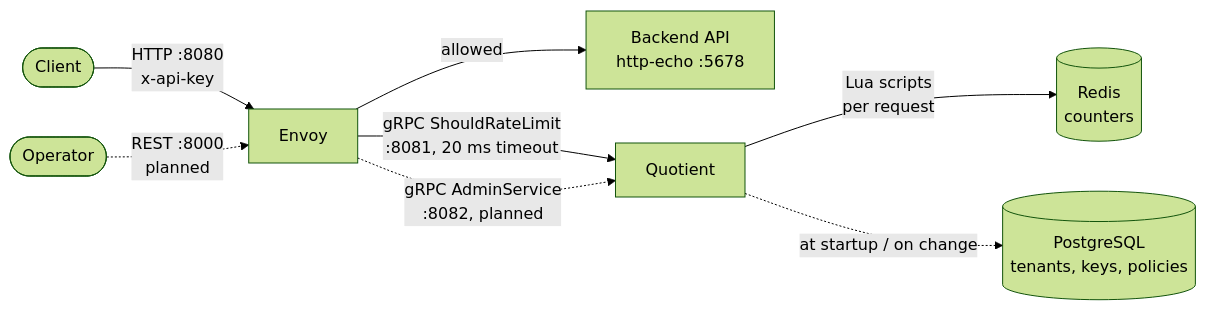
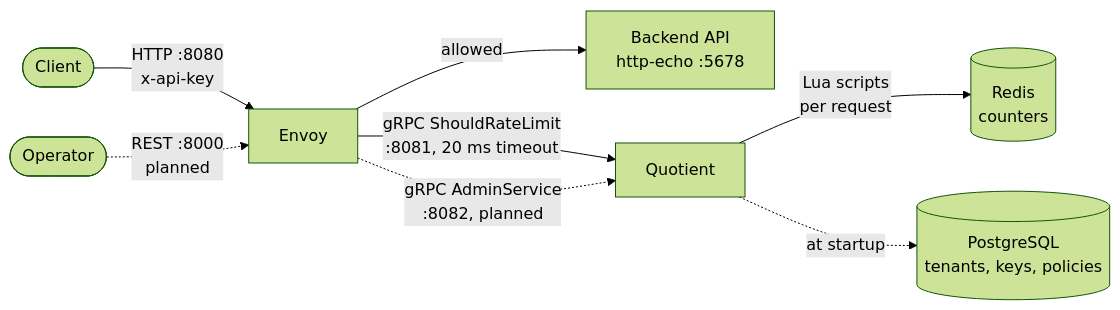
Before and after one commit to valentino3112/Quotient: the diagram in README.md, drawn with Mermaid (forest theme). The commit also changed other lines of this file, not shown here.

````diff
--- a/README.md
+++ b/README.md
@@ -16,10 +15,10 @@
 ```mermaid
 flowchart LR
     client([Client]) -->|HTTP :8080<br/>x-api-key| envoy[Envoy]
     envoy -->|allowed| backend[Backend API<br/>http-echo :5678]
     envoy -->|gRPC ShouldRateLimit<br/>:8081, 20 ms timeout| quotient[Quotient]
     quotient -->|Lua scripts<br/>per request| redis[(Redis<br/>counters)]
-    quotient -.->|at startup / on change| postgres[(PostgreSQL<br/>tenants, keys, policies)]
+    quotient -.->|at startup| postgres[(PostgreSQL<br/>tenants, keys, policies)]
     admin([Operator]) -.->|REST :8000<br/>planned| envoy
     envoy -.->|gRPC AdminService<br/>:8082, planned| quotient
 ```
````
